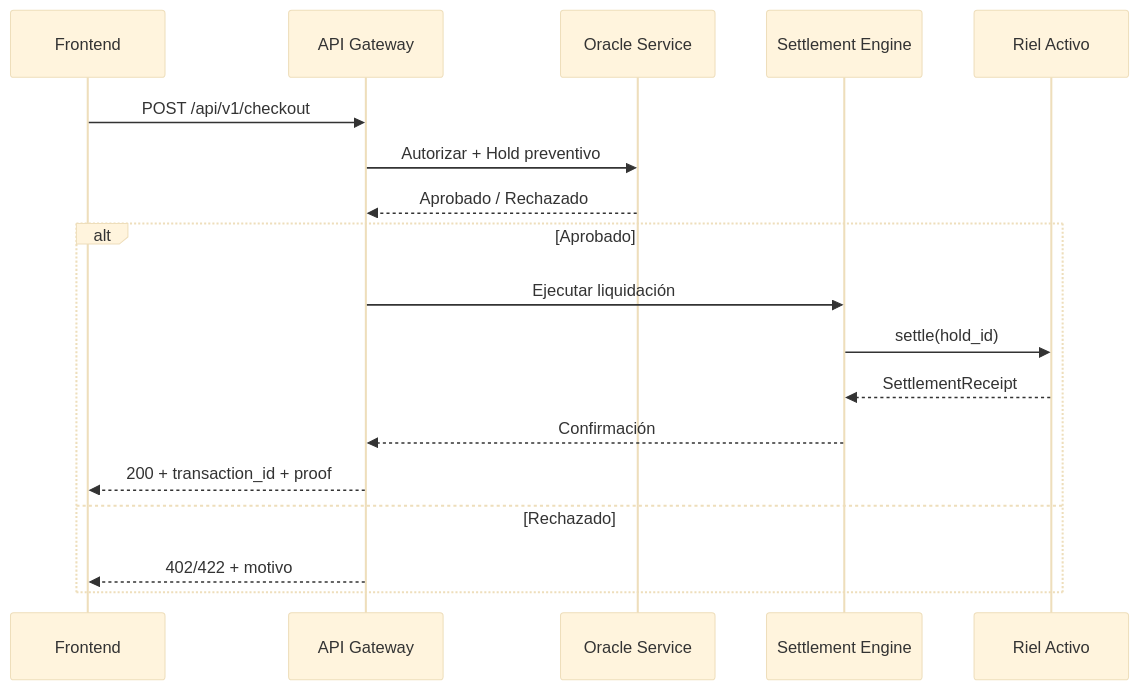
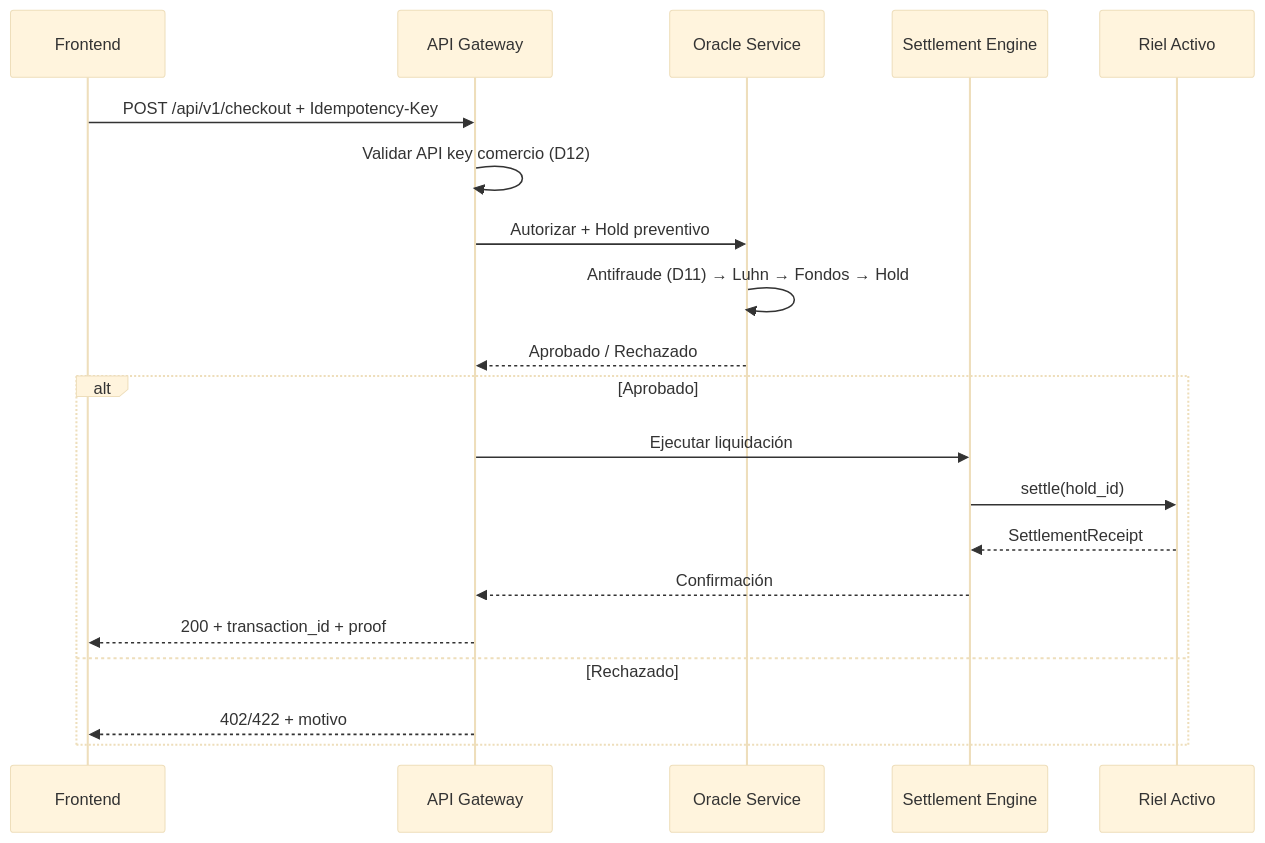
One commit to rastrahm/pasarela changed the third of 6 diagrams in Doc/Arquitectura.md. Above: the diagram before and after it, drawn with Mermaid (base theme). The commit also changed other lines of this file and 4 other files, not shown here.

````diff
--- a/Doc/Arquitectura.md
+++ b/Doc/Arquitectura.md
@@ -294,22 +337,24 @@
 ```mermaid
 sequenceDiagram
     participant Client as Frontend
     participant GW as API Gateway
     participant Oracle as Oracle Service
     participant SE as Settlement Engine
     participant Rail as Riel Activo
 
-    Client->>GW: POST /api/v1/checkout
+    Client->>GW: POST /api/v1/checkout + Idempotency-Key
+    GW->>GW: Validar API key comercio (D12)
     GW->>Oracle: Autorizar + Hold preventivo
+    Oracle->>Oracle: Antifraude (D11) → Luhn → Fondos → Hold
     Oracle-->>GW: Aprobado / Rechazado
 
     alt Aprobado
         GW->>SE: Ejecutar liquidación
         SE->>Rail: settle(hold_id)
         Rail-->>SE: SettlementReceipt
         SE-->>GW: Confirmación
         GW-->>Client: 200 + transaction_id + proof
     else Rechazado
         GW-->>Client: 402/422 + motivo
     end
 ```
````
